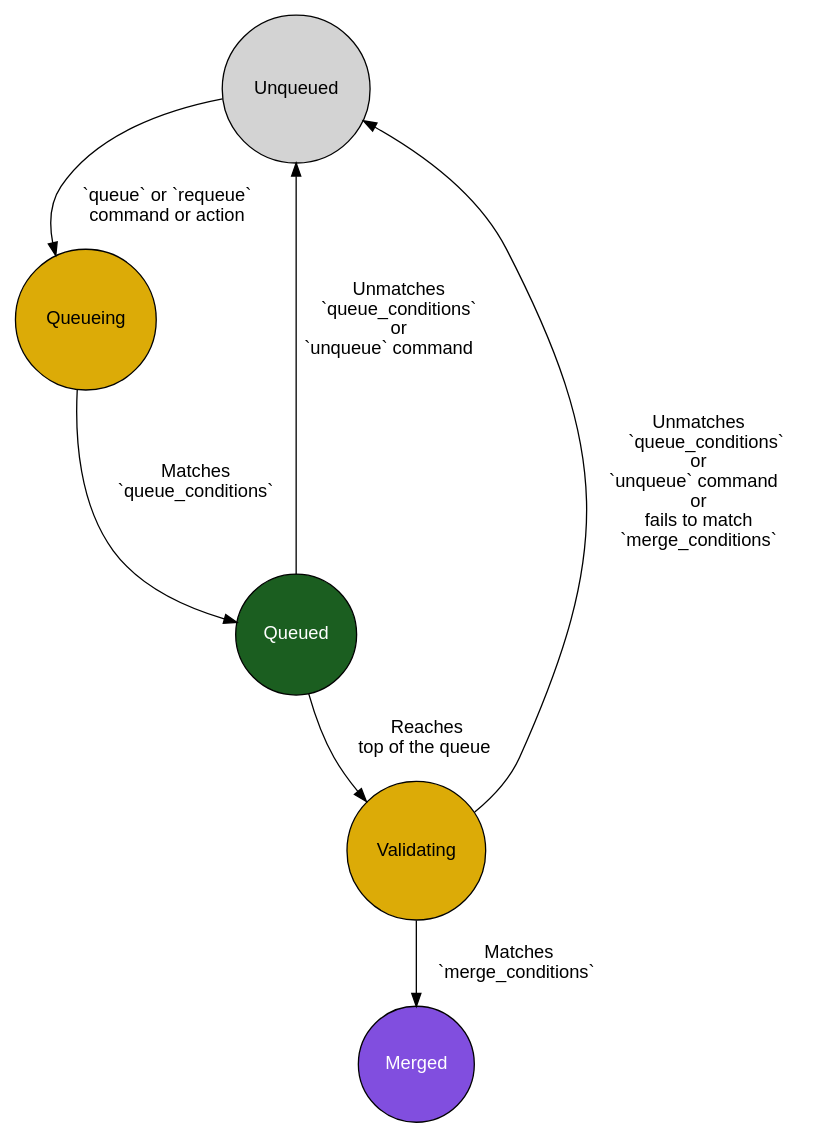
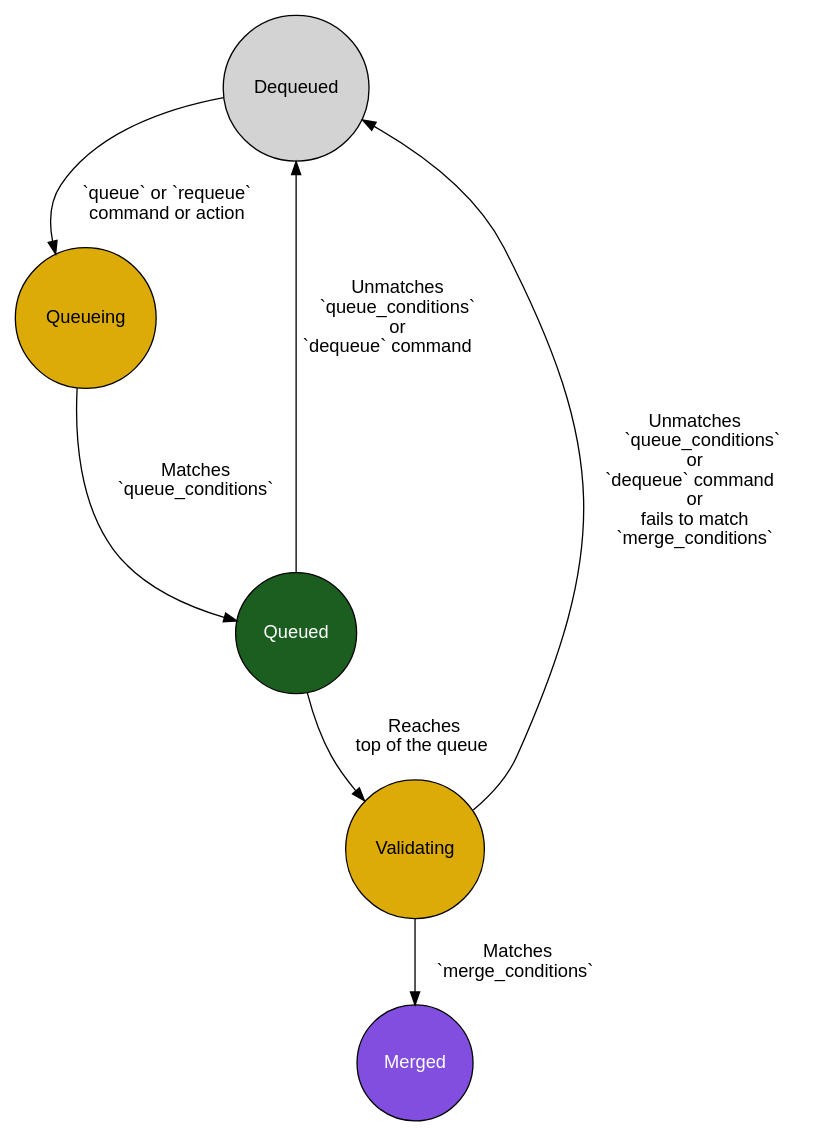
The diagram in src/content/merge-queue/lifecycle.mdx (thejcannon/docs), drawn with Graphviz before and after one commit. The commit also changed other lines of this file and 6 other files, not shown here.

Commit message:
docs(dequeue): rename from unqueue (#2809)

````diff
--- a/src/content/merge-queue/lifecycle.mdx
+++ b/src/content/merge-queue/lifecycle.mdx
@@ -53,21 +53,21 @@
 ```dot class="graph"
 strict digraph {
     fontname="sans-serif";
 
     node [style=filled, shape=circle, fontcolor="black", fontname="sans-serif";];
     edge [color="black", arrowhead=none, fontname="sans-serif", arrowhead=normal];
 
-    Unqueued -> Queueing [label="    `queue` or `requeue`    \n    command or action    "];
+    Dequeued -> Queueing [label="    `queue` or `requeue`    \n    command or action    "];
     Queueing -> Queued [label="Matches\n`queue_conditions`"];
 
-    Queued -> Unqueued [label="Unmatches\n    `queue_conditions`   \nor\n `unqueue` command    "]
+    Queued -> Dequeued [label="Unmatches\n    `queue_conditions`   \nor\n `dequeue` command    "]
     Queued -> Validating [label="Reaches\n    top of the queue    "]
     Validating -> Merged [label="Matches\n    `merge_conditions`    "];
-    Validating -> Unqueued [label="Unmatches\n    `queue_conditions` \nor\n    `unqueue` command     \nor\nfails to match\n`merge_conditions`"];
+    Validating -> Dequeued [label="Unmatches\n    `queue_conditions` \nor\n    `dequeue` command     \nor\nfails to match\n`merge_conditions`"];
 
     Validating [fillcolor="#DCAB07"];
     Queueing [fillcolor="#DCAB07"];
     Queued [fillcolor="#1b5e20", fontcolor="white"]
     Merged [fillcolor="#814edf", fontcolor="white"];
 }
 ```
````
